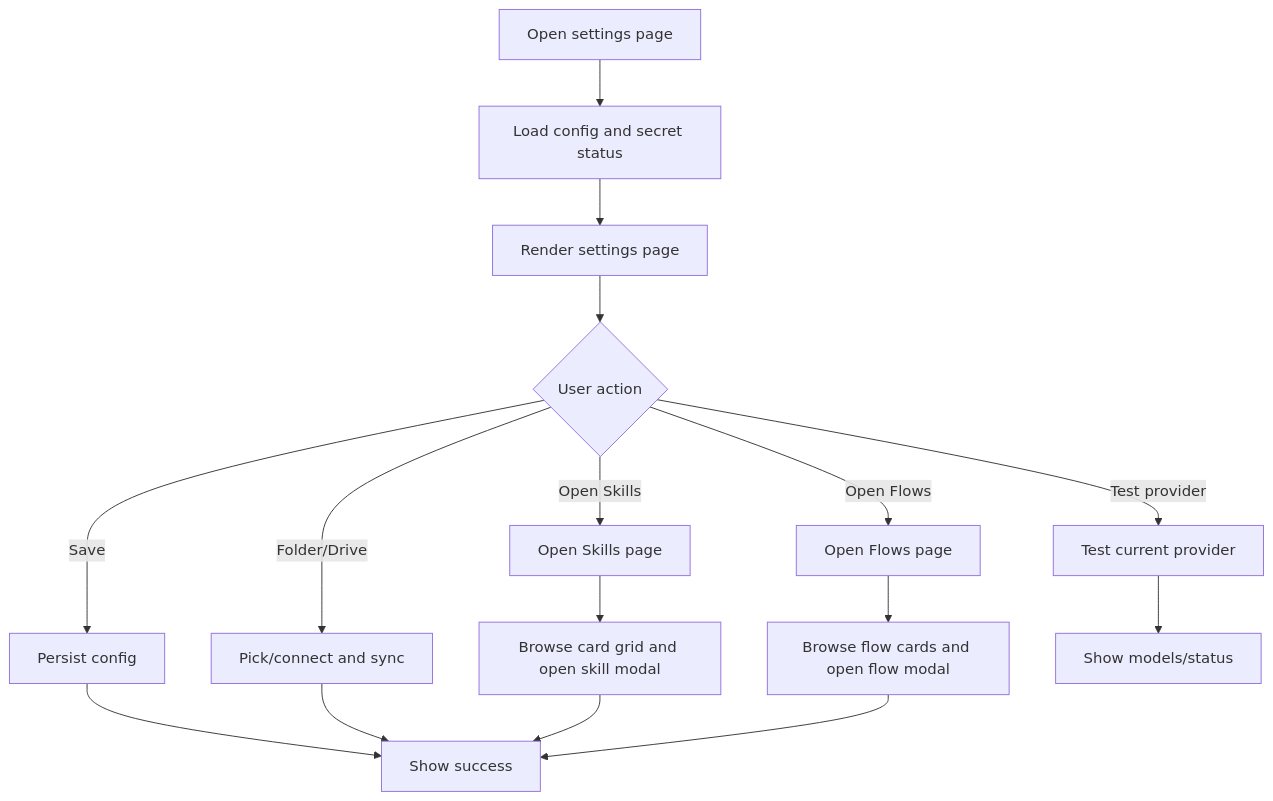
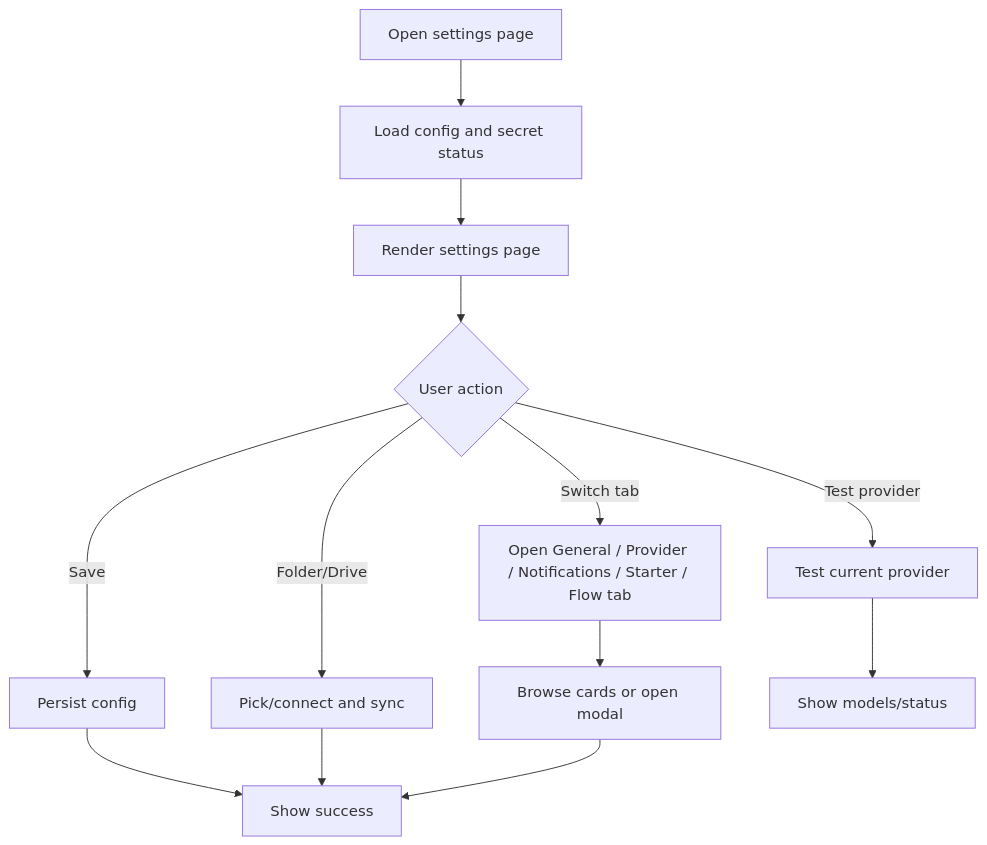
One commit to wilsondenq879/Open_Copilot changed the diagram in spec/settings-and-provider-config.md. Above: the diagram before and after it, drawn with Mermaid. The commit also changed other lines of this file and 6 other files, not shown here.

````diff
--- a/spec/settings-and-provider-config.md
+++ b/spec/settings-and-provider-config.md
@@ -341,18 +367,15 @@
 ```mermaid
 flowchart TD
   A[Open settings page] --> B[Load config and secret status]
   B --> C[Render settings page]
   C --> D{User action}
   D -- Save --> E[Persist config]
   D -- Test provider --> F[Test current provider]
-  D -- Open Skills --> G[Open Skills page]
-  D -- Open Flows --> H[Open Flows page]
-  D -- Folder/Drive --> I[Pick/connect and sync]
-  G --> J[Browse card grid and open skill modal]
-  H --> K[Browse flow cards and open flow modal]
+  D -- Switch tab --> G[Open General / Provider / Notifications / Starter / Flow tab]
+  D -- Folder/Drive --> H[Pick/connect and sync]
+  G --> J[Browse cards or open modal]
   E --> L[Show success]
   F --> M[Show models/status]
-  I --> L
+  H --> L
   J --> L
-  K --> L
 ```
````
